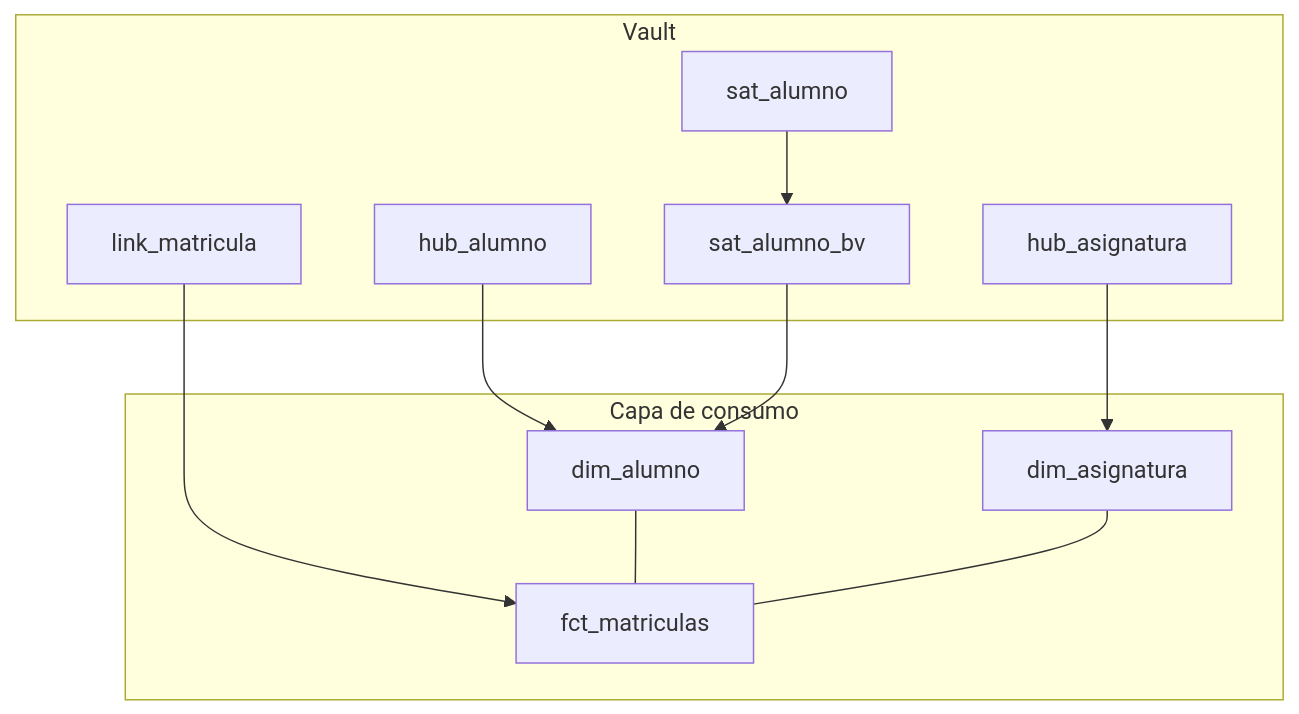
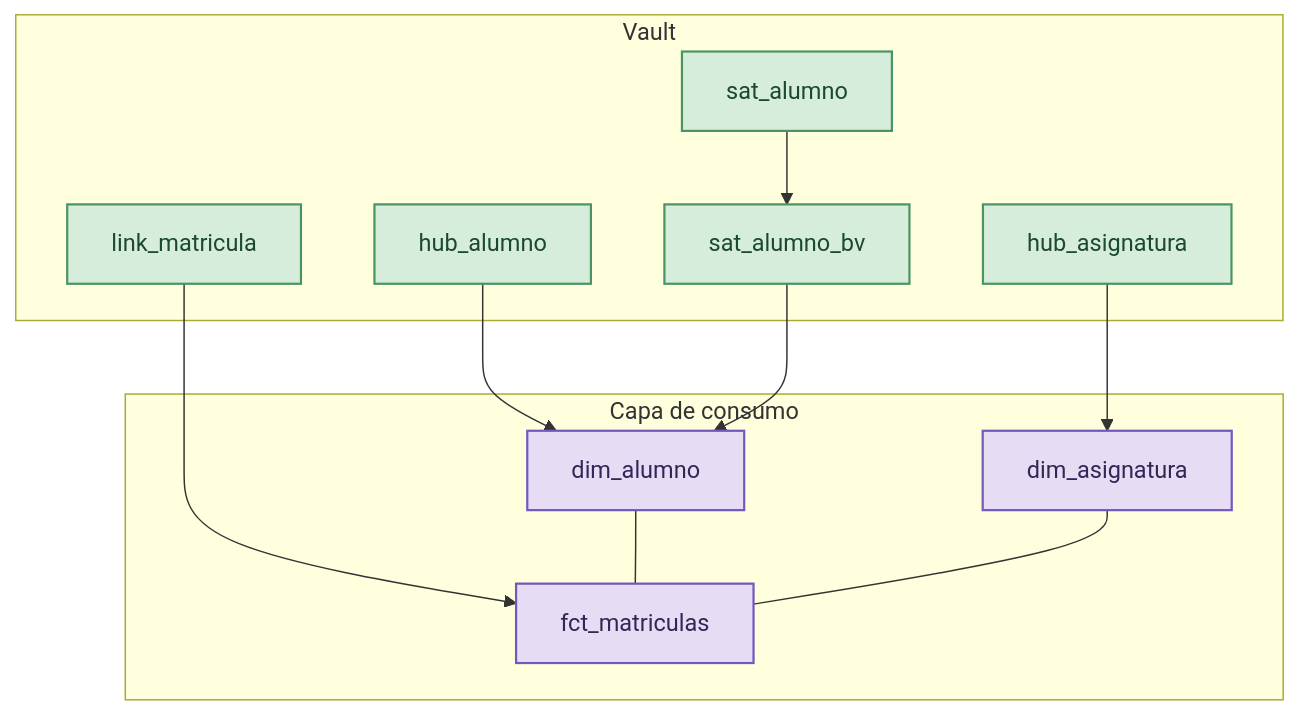
One commit to IraitzM/ingenieria-datos changed the diagram in content/transform/business_vault.qmd. Above: the diagram before and after it, drawn with Mermaid. The commit also changed 28 other files, not shown here.

````diff
--- a/content/transform/business_vault.qmd
+++ b/content/transform/business_vault.qmd
@@ -112,22 +112,28 @@
 ```{mermaid}
 flowchart TB
     subgraph vault ["Vault"]
         hub["hub_alumno"]
         sat["sat_alumno"]
         bv["sat_alumno_bv"]
         link["link_matricula"]
         hubs["hub_asignatura"]
     end
     subgraph estrella ["Capa de consumo"]
         dim1["dim_alumno"]
         fct["fct_matriculas"]
         dim2["dim_asignatura"]
     end
     hub --> dim1
     bv --> dim1
     sat --> bv
     link --> fct
     hubs --> dim2
     dim1 --- fct
     dim2 --- fct
+
+    %% Paleta por bloque del libro
+    classDef transformacion fill:#d7eddc,stroke:#4a9463,stroke-width:1.5px,color:#1c4a2e
+    classDef explotacion fill:#e6ddf5,stroke:#7457bd,stroke-width:1.5px,color:#332757
+    class hub,sat,bv,link,hubs transformacion
+    class dim1,fct,dim2 explotacion
 ```
````
